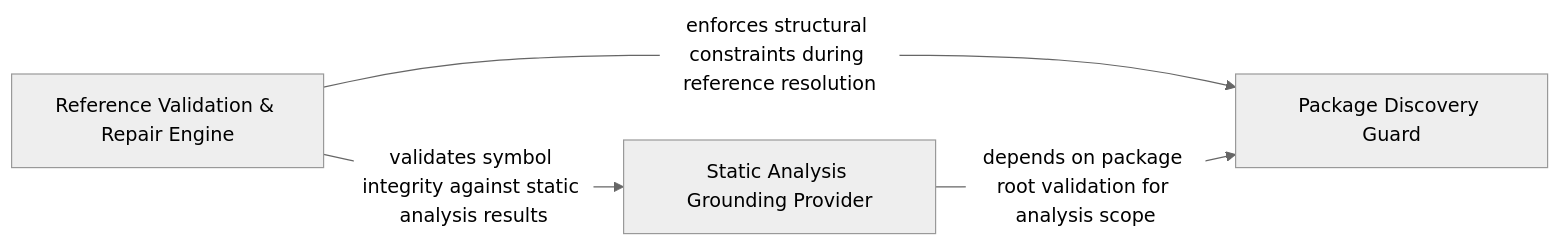
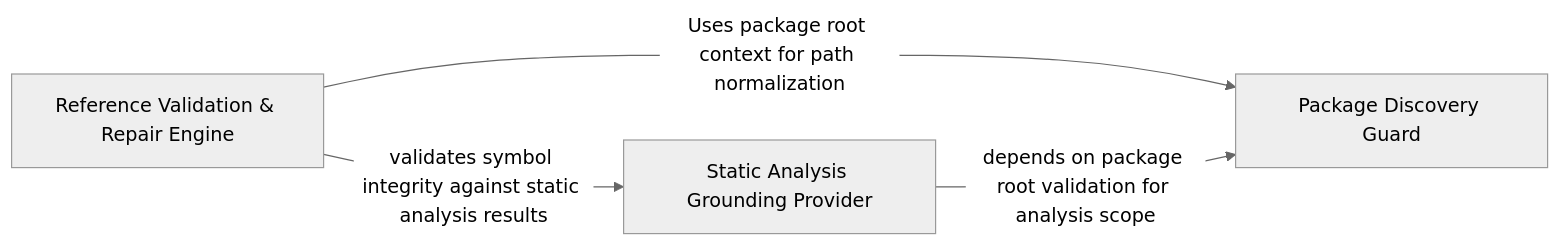
Before and after one commit to CodeBoarding/CodeBoarding: the diagram in .codeboarding/Semantic_Reference_Edge_Resolver.md, drawn with Mermaid (neutral theme). The commit also changed other lines of this file and 27 other files, not shown here.

Commit message:
chore(codeboarding): sync architecture baseline

````diff
--- a/.codeboarding/Semantic_Reference_Edge_Resolver.md
+++ b/.codeboarding/Semantic_Reference_Edge_Resolver.md
@@ -1,10 +1,10 @@
 ```mermaid
 graph LR
     Reference_Validation_Repair_Engine["Reference Validation & Repair Engine"]
     Static_Analysis_Grounding_Provider["Static Analysis Grounding Provider"]
     Package_Discovery_Guard["Package Discovery Guard"]
     Reference_Validation_Repair_Engine -- "validates symbol integrity against static analysis results" --> Static_Analysis_Grounding_Provider
-    Reference_Validation_Repair_Engine -- "enforces structural constraints during reference resolution" --> Package_Discovery_Guard
+    Reference_Validation_Repair_Engine -- "Uses package root context for path normalization" --> Package_Discovery_Guard
     Static_Analysis_Grounding_Provider -- "depends on package root validation for analysis scope" --> Package_Discovery_Guard
     click Static_Analysis_Grounding_Provider href "https://github.com/CodeBoarding/CodeBoarding/blob/main/.codeboarding/Static_Analysis_Grounding_Provider.md" "Details"
 ```
````
